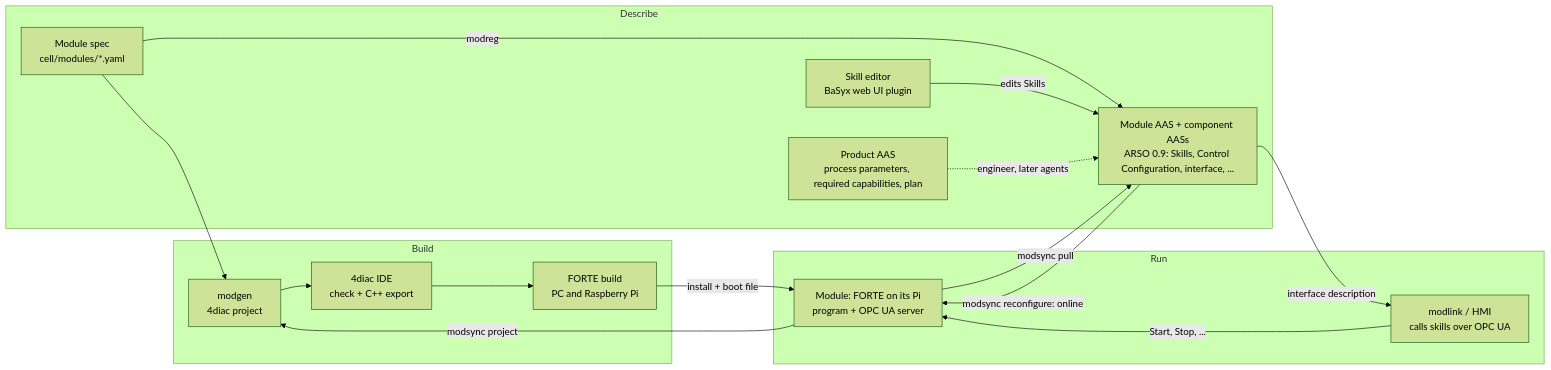
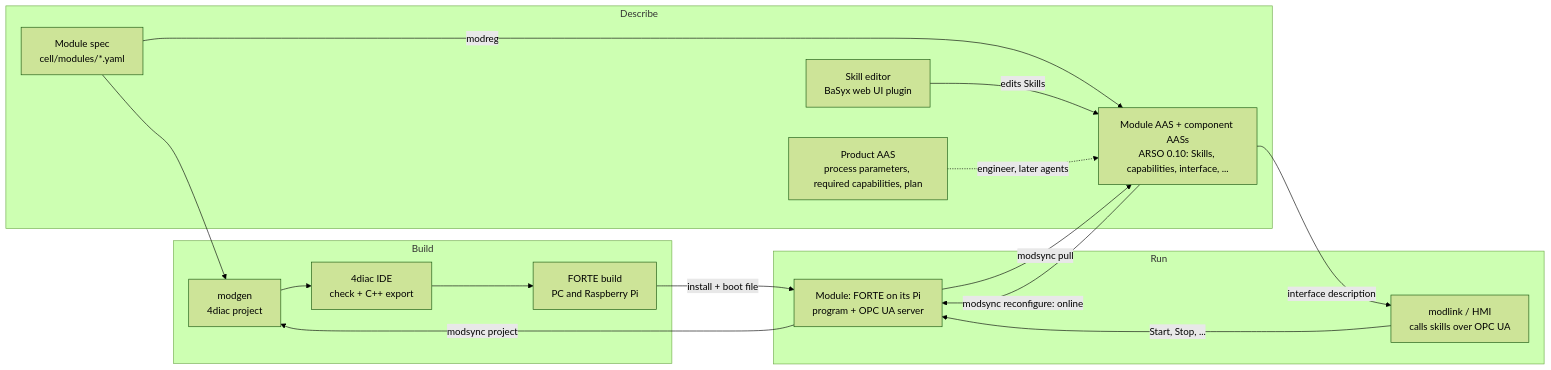
One commit to AAUSmartProductionLab/iec61499-mgmt-py changed the diagram in docs/pipeline.md. Above: the diagram before and after it, drawn with Mermaid (forest theme). The commit also changed other lines of this file and 9 other files, not shown here.

````diff
--- a/docs/pipeline.md
+++ b/docs/pipeline.md
@@ -18,26 +18,26 @@
 ```mermaid
 flowchart LR
     subgraph Describe
         spec[Module spec<br/>cell/modules/*.yaml]
-        aas[Module AAS + component AASs<br/>ARSO 0.9: Skills, Control Configuration, interface, ...]
+        aas[Module AAS + component AASs<br/>ARSO 0.10: Skills, capabilities, interface, ...]
         product[Product AAS<br/>process parameters, required capabilities, plan]
         editor[Skill editor<br/>BaSyx web UI plugin]
     end
     subgraph Build
         modgen[modgen<br/>4diac project]
         ide[4diac IDE<br/>check + C++ export]
         forte[FORTE build<br/>PC and Raspberry Pi]
     end
     subgraph Run
         device[Module: FORTE on its Pi<br/>program + OPC UA server]
         modlink[modlink / HMI<br/>calls skills over OPC UA]
     end
     spec --> modgen --> ide --> forte -->|install + boot file| device
     spec -->|modreg| aas
     device -->|modsync pull| aas
     editor -->|edits Skills| aas
     product -.->|engineer, later agents| aas
     aas -->|modsync reconfigure: online| device
     aas -->|interface description| modlink -->|Start, Stop, ...| device
     device -->|modsync project| modgen
 ```
````
